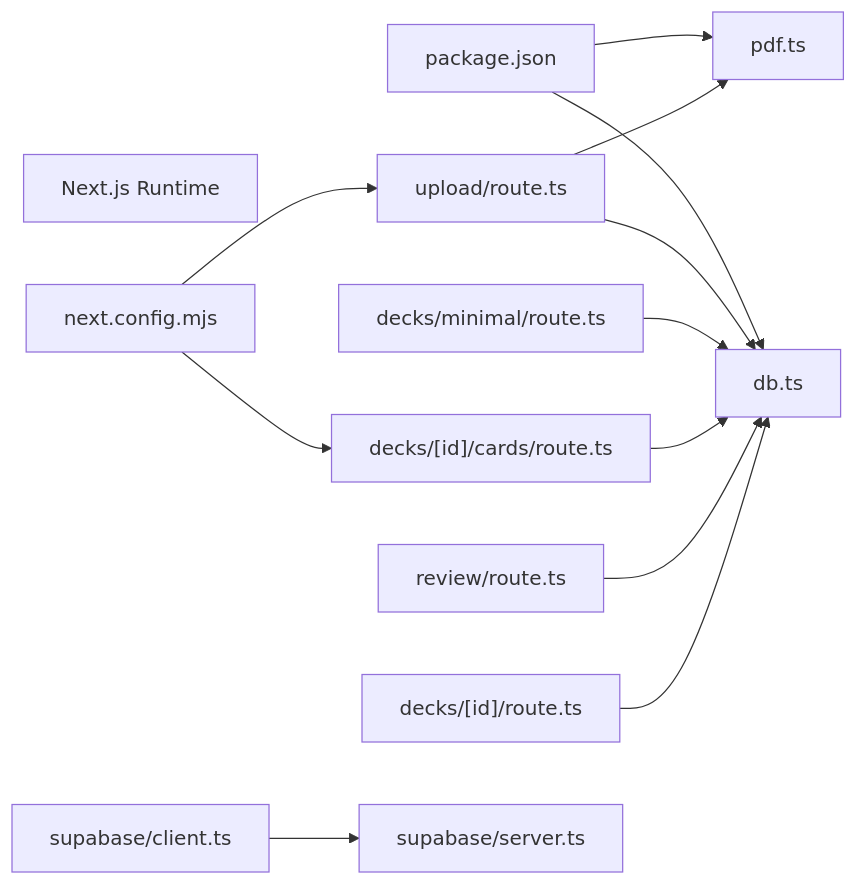
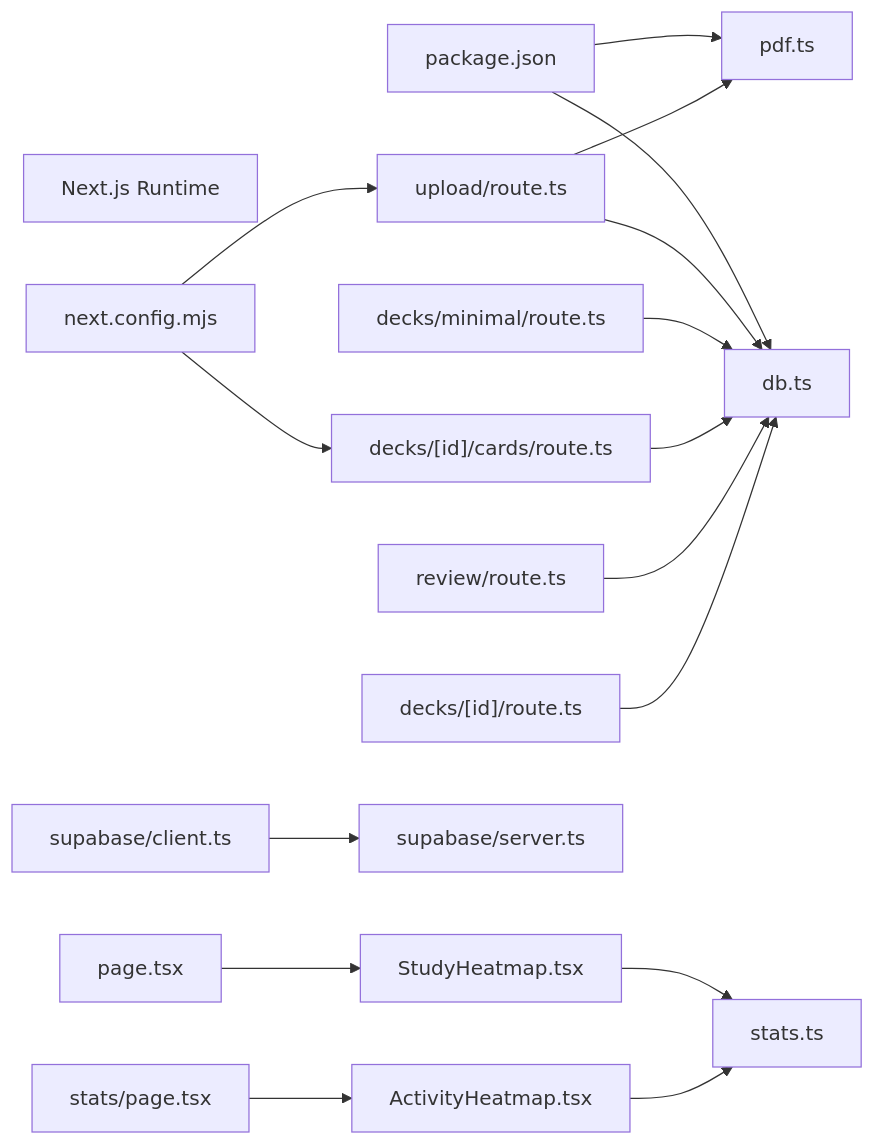
One commit to nitish-niraj/cumathassignment changed the tenth of 10 diagrams in .qoder/repowiki/en/content/Advanced Topics/Performance Optimization and Tuning.md. Above: the diagram before and after it, drawn with Mermaid. The commit also changed other lines of this file and 11 other files, not shown here.

````diff
--- a/.qoder/repowiki/en/content/Advanced Topics/Performance Optimization and Tuning.md
+++ b/.qoder/repowiki/en/content/Advanced Topics/Performance Optimization and Tuning.md
@@ -374,26 +483,34 @@
 ```mermaid
 graph LR
 Next["Next.js Runtime"]
 NC["next.config.mjs"]
 Pkg["package.json"]
 APIU["upload/route.ts"]
 APIM["decks/minimal/route.ts"]
 APIC["decks/[id]/cards/route.ts"]
 APIR["review/route.ts"]
 APID["decks/[id]/route.ts"]
 DB["db.ts"]
 PDF["pdf.ts"]
 SUPC["supabase/client.ts"]
 SUPS["supabase/server.ts"]
+SHM["StudyHeatmap.tsx"]
+AHM["ActivityHeatmap.tsx"]
+HP["page.tsx"]
+SP["stats/page.tsx"]
 NC --> APIU
 NC --> APIC
 Pkg --> DB
 Pkg --> PDF
 APIU --> DB
 APIU --> PDF
 APIM --> DB
 APIC --> DB
 APIR --> DB
 APID --> DB
 SUPC --> SUPS
+SHM --> Stats["stats.ts"]
+AHM --> Stats
+HP --> SHM
+SP --> AHM
 ```
````
